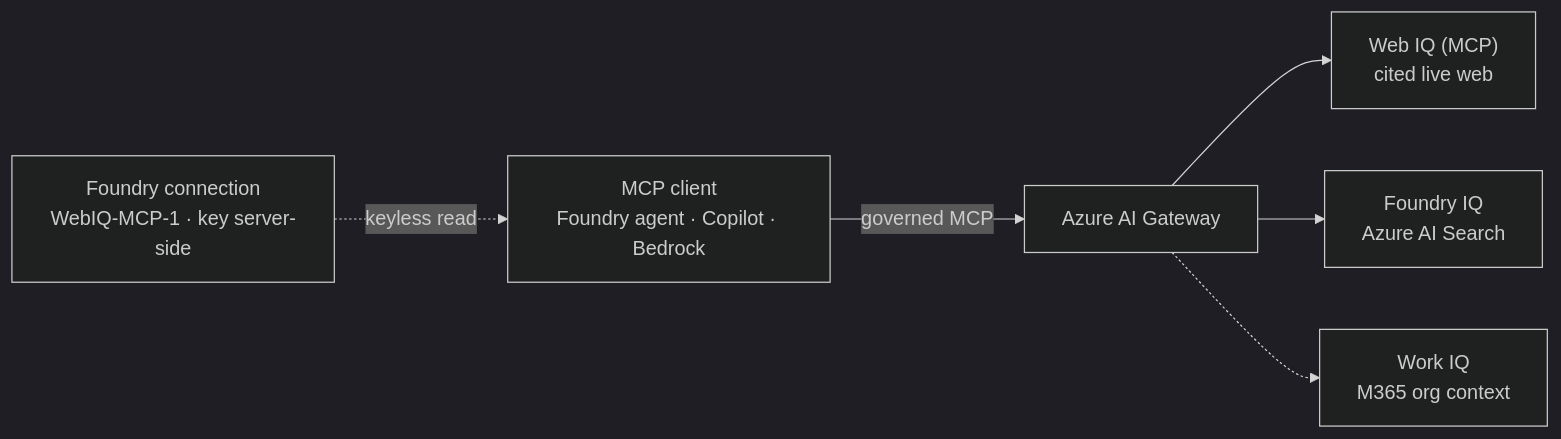
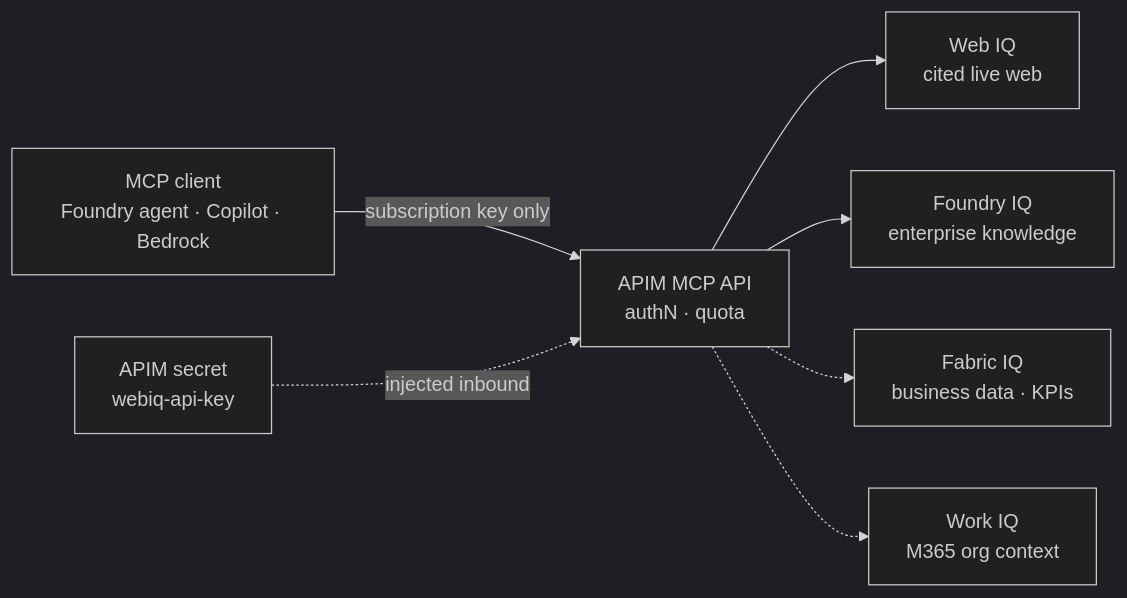
One commit to SridharArrabelly/foundry-pattern-library changed the fourth of 13 diagrams in README.md. Above: the diagram before and after it, drawn with Mermaid (dark theme). The commit also changed other lines of this file and 8 other files, not shown here.

````diff
--- a/README.md
+++ b/README.md
@@ -141,8 +145,9 @@
 ```mermaid
 flowchart LR
-  AG["MCP client<br/>Foundry agent · Copilot · Bedrock"] -->|governed MCP| GW["Azure AI Gateway"]
-  GW --> W["Web IQ (MCP)<br/>cited live web"]
-  GW --> FI["Foundry IQ<br/>Azure AI Search"]
+  AG["MCP client<br/>Foundry agent · Copilot · Bedrock"] -->|subscription key only| GW["APIM MCP API<br/>authN · quota"]
+  SEC["APIM secret<br/>webiq-api-key"] -. injected inbound .-> GW
+  GW --> W["Web IQ<br/>cited live web"]
+  GW --> FI["Foundry IQ<br/>enterprise knowledge"]
+  GW -.-> FB["Fabric IQ<br/>business data · KPIs"]
   GW -.-> WK["Work IQ<br/>M365 org context"]
-  CX["Foundry connection<br/>WebIQ-MCP-1 · key server-side"] -. keyless read .-> AG
 ```
````
